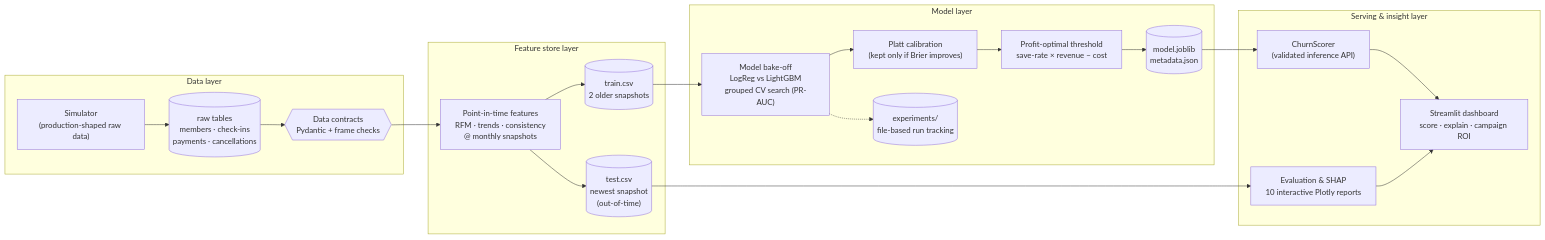
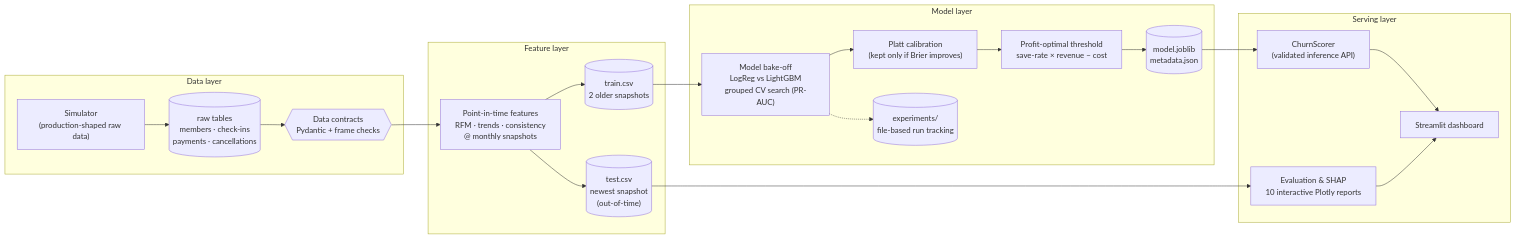
One commit to joaocordova/gym-churn-prediction changed the diagram in README.md. Above: the diagram before and after it, drawn with Mermaid. The commit also changed other lines of this file and 6 other files, not shown here.

````diff
--- a/README.md
+++ b/README.md
@@ -45,28 +35,28 @@
 ```mermaid
 flowchart LR
     subgraph DATA["Data layer"]
         SIM["Simulator<br/>(production-shaped raw data)"] --> RAW[("raw tables<br/>members · check-ins<br/>payments · cancellations")]
         RAW --> DC{{"Data contracts<br/>Pydantic + frame checks"}}
     end
 
-    subgraph FEATURES["Feature store layer"]
+    subgraph FEATURES["Feature layer"]
         DC --> PIT["Point-in-time features<br/>RFM · trends · consistency<br/>@ monthly snapshots"]
         PIT --> TRAIN[("train.csv<br/>2 older snapshots")]
         PIT --> TEST[("test.csv<br/>newest snapshot<br/>(out-of-time)")]
     end
 
     subgraph MODEL["Model layer"]
         TRAIN --> BAKE["Model bake-off<br/>LogReg vs LightGBM<br/>grouped CV search (PR-AUC)"]
         BAKE --> CAL["Platt calibration<br/>(kept only if Brier improves)"]
         CAL --> THR["Profit-optimal threshold<br/>save-rate × revenue − cost"]
         THR --> ART[("model.joblib<br/>metadata.json")]
         BAKE -.-> TRK[("experiments/<br/>file-based run tracking")]
     end
 
-    subgraph SERVE["Serving & insight layer"]
+    subgraph SERVE["Serving layer"]
         ART --> SCORER["ChurnScorer<br/>(validated inference API)"]
         TEST --> EVAL["Evaluation & SHAP<br/>10 interactive Plotly reports"]
-        SCORER --> APP["Streamlit dashboard<br/>score · explain · campaign ROI"]
+        SCORER --> APP["Streamlit dashboard"]
         EVAL --> APP
     end
 ```
````
